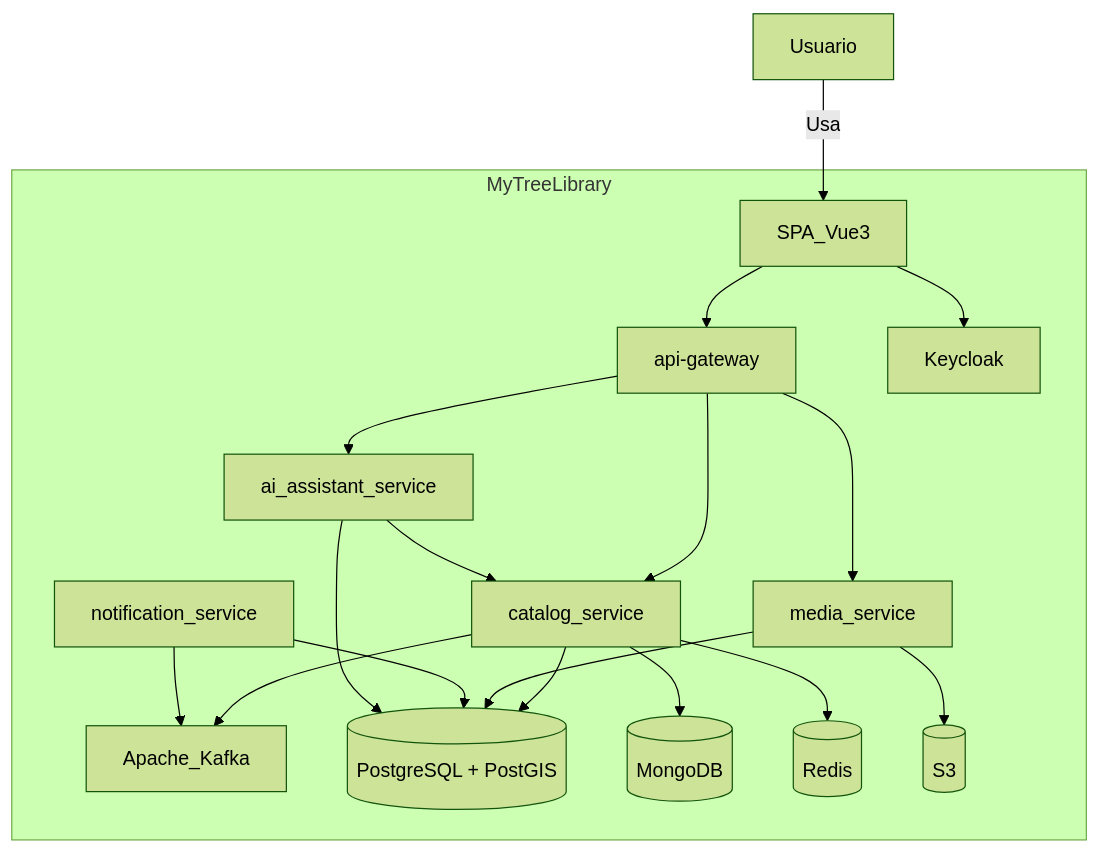
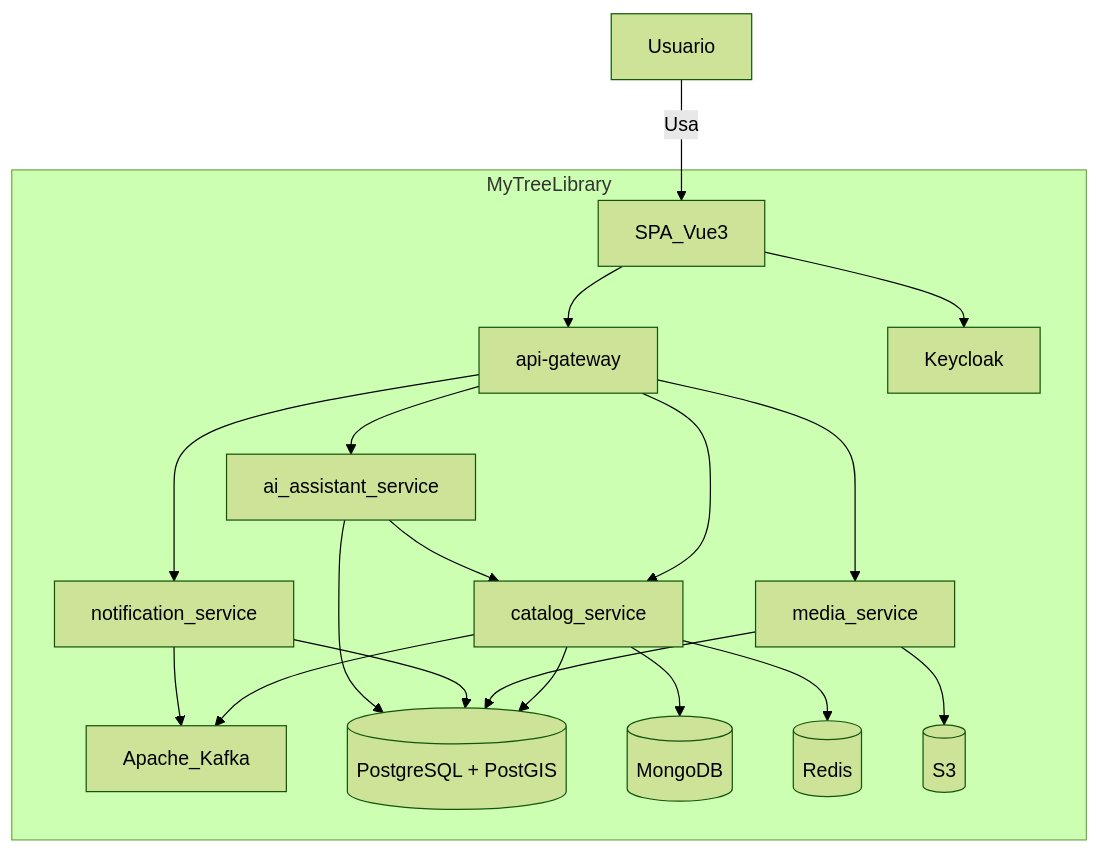
One commit to LIDR-academy/AI4Devs-finalproject changed the second of 18 diagrams in readme.md. Above: the diagram before and after it, drawn with Mermaid (forest theme). The commit also changed other lines of this file and 1 other file, not shown here.

````diff
--- a/readme.md
+++ b/readme.md
@@ -244,35 +244,34 @@
 ```mermaid
 flowchart TB
   subgraph mtl [MyTreeLibrary]
     SPA[SPA_Vue3]
     GW[api-gateway]
     KC[Keycloak]
     CAT[catalog_service]
     MED[media_service]
     NOT[notification_service]
     AIS[ai_assistant_service]
     K[Apache_Kafka]
     PG[(PostgreSQL + PostGIS)]
     MG[(MongoDB)]
     RD[(Redis)]
     OBJ[(S3)]
   end
   U[Usuario] -->|Usa| SPA
   SPA --> GW
   SPA --> KC
   GW --> CAT
   GW --> MED
   GW --> AIS
+  GW --> NOT
   CAT --> PG
   CAT --> RD
   CAT --> K
   CAT --> MG
   MED --> PG
   MED --> OBJ
   NOT --> PG
   NOT --> K
   AIS --> PG
   AIS --> CAT
-
-
 ```
````
